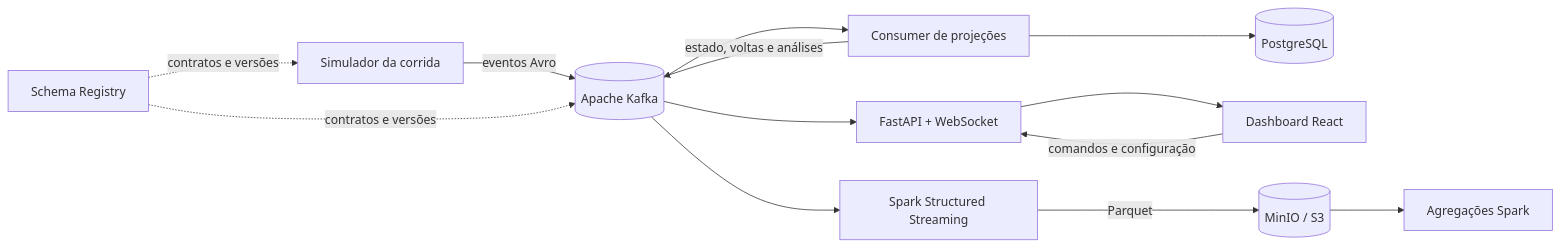
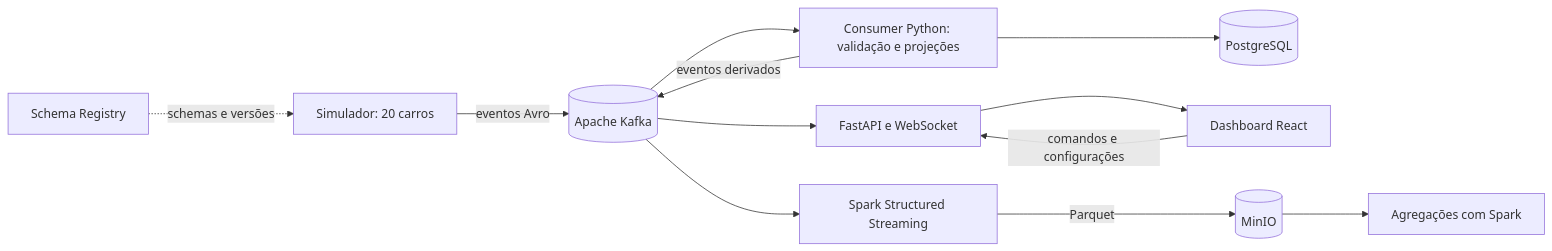
One commit to faelk8/lab_race_stream changed the diagram in README.md. Above: the diagram before and after it, drawn with Mermaid. The commit also changed other lines of this file and 6 other files, not shown here.

````diff
--- a/README.md
+++ b/README.md
@@ -72,15 +74,14 @@
 ```mermaid
 flowchart LR
-    SIM[Simulador da corrida] -->|eventos Avro| K[(Apache Kafka)]
-    SR[Schema Registry] -. contratos e versões .-> SIM
-    SR -. contratos e versões .-> K
-    K --> C[Consumer de projeções]
-    C -->|estado, voltas e análises| K
+    SIM[Simulador: 20 carros] -->|eventos Avro| K[(Apache Kafka)]
+    SR[Schema Registry] -. schemas e versões .-> SIM
+    K --> C[Consumer Python: validação e projeções]
+    C -->|eventos derivados| K
     C --> PG[(PostgreSQL)]
-    K --> API[FastAPI + WebSocket]
+    K --> API[FastAPI e WebSocket]
     API --> UI[Dashboard React]
-    UI -->|comandos e configuração| API
+    UI -->|comandos e configurações| API
     K --> SP[Spark Structured Streaming]
-    SP -->|Parquet| MINIO[(MinIO / S3)]
-    MINIO --> BATCH[Agregações Spark]
+    SP -->|Parquet| MINIO[(MinIO)]
+    MINIO --> BATCH[Agregações com Spark]
 ```
````
